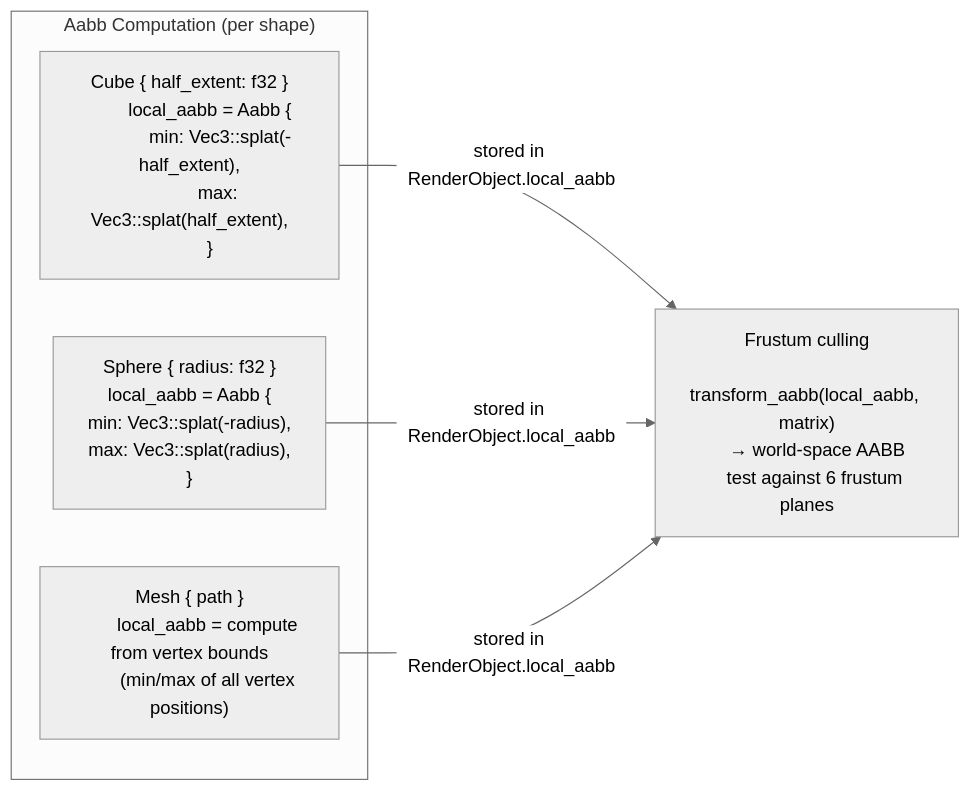
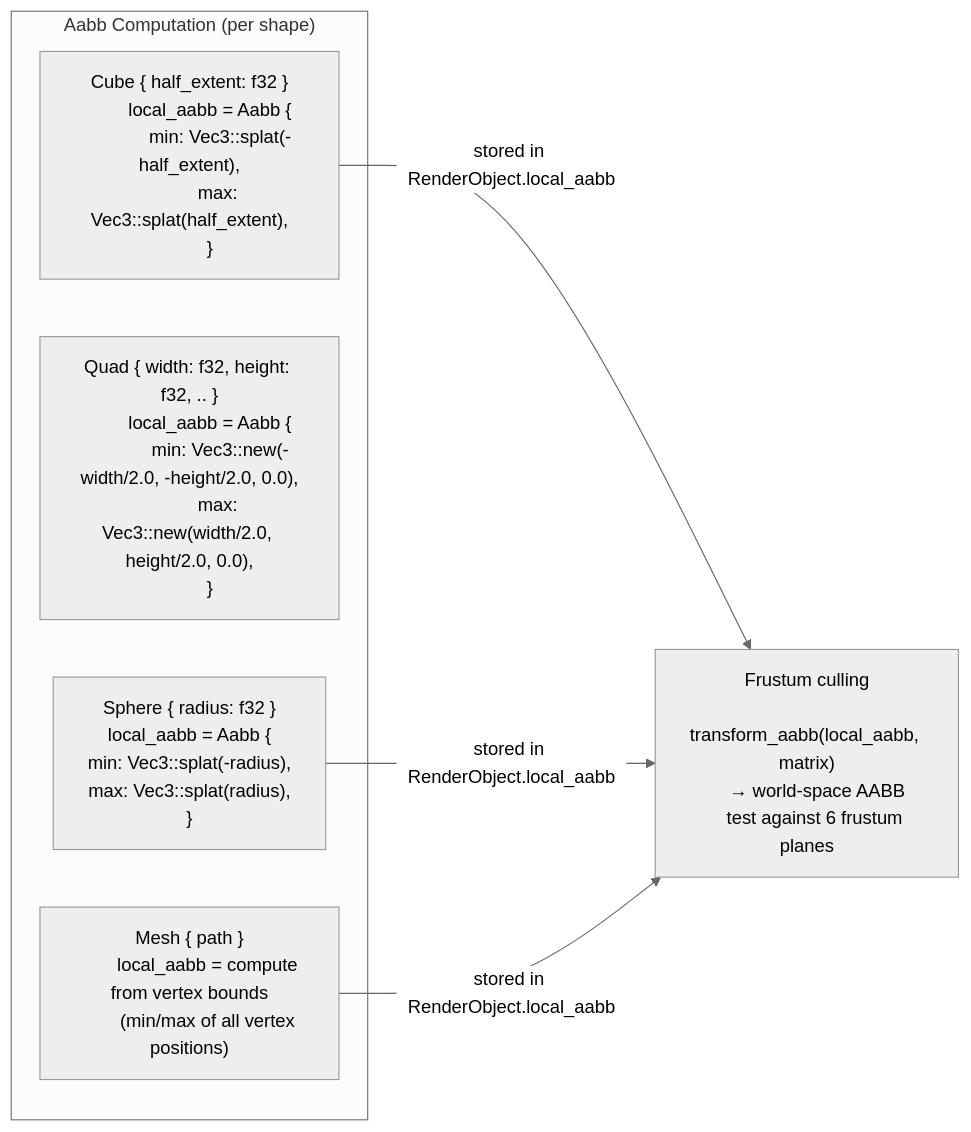
One commit to jvchiappini/FerrousEngine changed the fourth of 7 diagrams in flowmaps/adding-shapes.md. Above: the diagram before and after it, drawn with Mermaid (neutral theme). The commit also changed other lines of this file and 18 other files, not shown here.

````diff
--- a/flowmaps/adding-shapes.md
+++ b/flowmaps/adding-shapes.md
@@ -150,23 +154,28 @@
 ```mermaid
 flowchart LR
     subgraph "Aabb Computation (per shape)"
         CUBE["Cube { half_extent: f32 }
         local_aabb = Aabb {
             min: Vec3::splat(-half_extent),
             max: Vec3::splat(half_extent),
+        }"]
+        QUAD["Quad { width: f32, height: f32, .. }
+        local_aabb = Aabb {
+            min: Vec3::new(-width/2.0, -height/2.0, 0.0),
+            max: Vec3::new(width/2.0, height/2.0, 0.0),
         }"]
         SPHERE["Sphere { radius: f32 }
         local_aabb = Aabb {
             min: Vec3::splat(-radius),
             max: Vec3::splat(radius),
         }"]
         MESH["Mesh { path }
         local_aabb = compute from vertex bounds
         (min/max of all vertex positions)"]
     end
 
     CUBE & SPHERE & MESH -->|"stored in RenderObject.local_aabb"| CULL["Frustum culling
     transform_aabb(local_aabb, matrix)
     → world-space AABB
     test against 6 frustum planes"]
 ```
````
